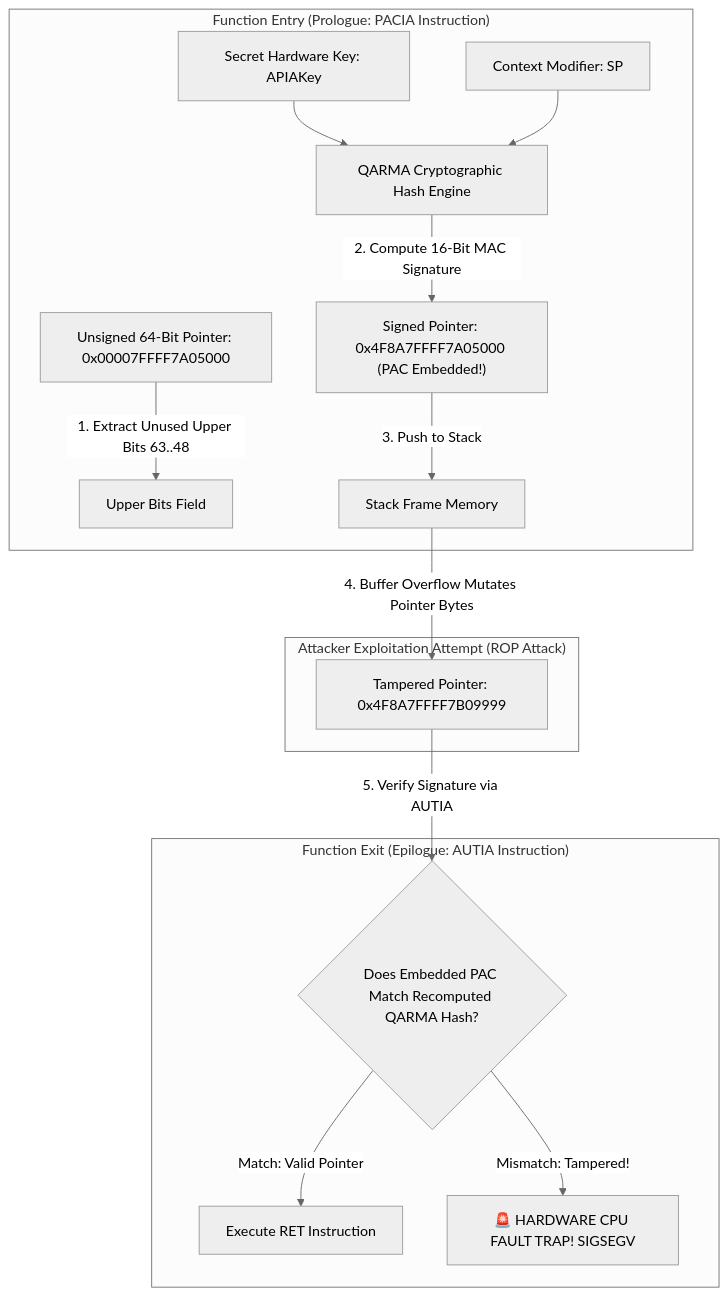
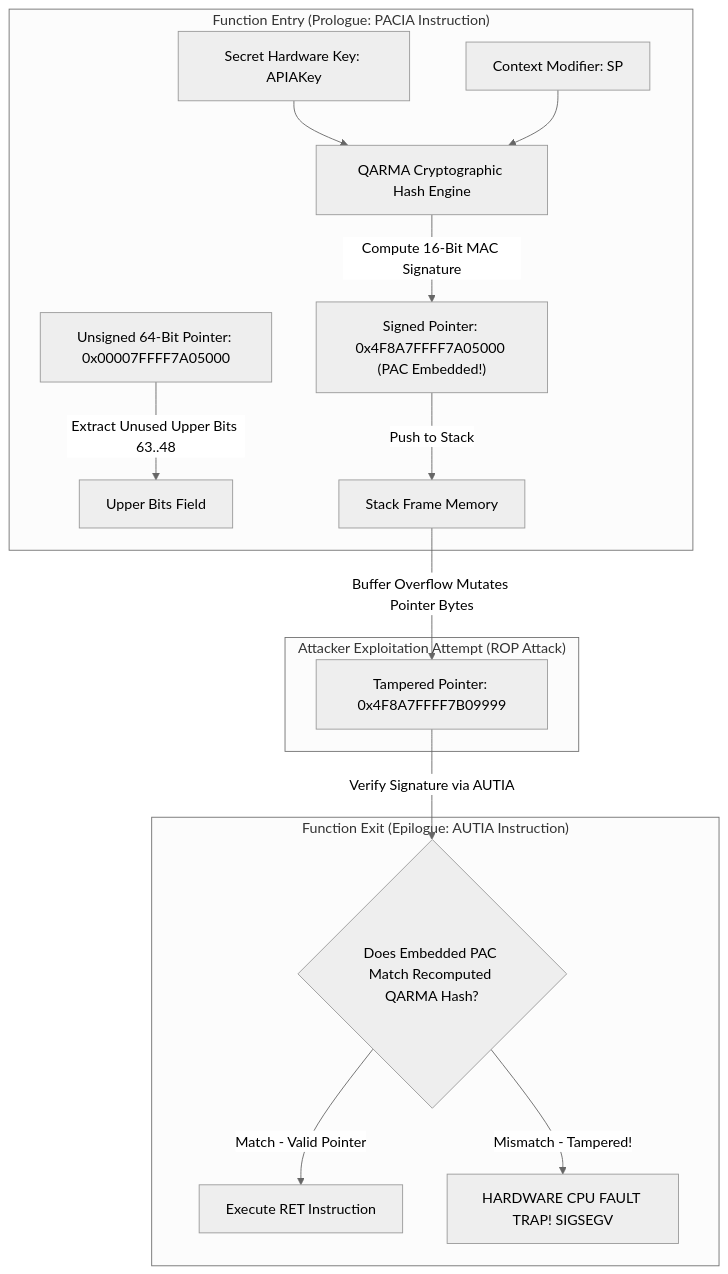
The diagram in blog/posts/memory-safety-pointer-authentication-arm-pac-aslr.md (akmalkhaniub/akmalkhaniub.github.io), drawn with Mermaid (neutral theme) before and after one commit. The commit also changed 411 other files, not shown here.

````diff
--- a/blog/posts/memory-safety-pointer-authentication-arm-pac-aslr.md
+++ b/blog/posts/memory-safety-pointer-authentication-arm-pac-aslr.md
@@ -21,20 +21,20 @@
 ```mermaid
-graph TD
+flowchart TD
   subgraph SG1_FunctionEntryPrologue ["Function Entry (Prologue: PACIA Instruction)"]
-    RawPtr[Unsigned 64-Bit Pointer: 0x00007FFFF7A05000] -->|1. Extract Unused Upper Bits 63..48| UnusedBits[Upper Bits Field]
+    RawPtr[Unsigned 64-Bit Pointer: 0x00007FFFF7A05000] -->|Extract Unused Upper Bits 63..48| UnusedBits[Upper Bits Field]
     SecretKey[Secret Hardware Key: APIAKey] & Modifier[Context Modifier: SP] --> QARMA[QARMA Cryptographic Hash Engine]
     
-    QARMA -->|2. Compute 16-Bit MAC Signature| SignPtr["Signed Pointer: 0x4F8A7FFFF7A05000 (PAC Embedded!)"]
-    SignPtr -->|3. Push to Stack| Stack[Stack Frame Memory]
+    QARMA -->|Compute 16-Bit MAC Signature| SignPtr["Signed Pointer: 0x4F8A7FFFF7A05000 (PAC Embedded!)"]
+    SignPtr -->|Push to Stack| Stack[Stack Frame Memory]
   end
   
   subgraph SG2_AttackerExploitationAttempt ["Attacker Exploitation Attempt (ROP Attack)"]
-    Stack -->|4. Buffer Overflow Mutates Pointer Bytes| CorruptPtr["Tampered Pointer: 0x4F8A7FFFF7B09999"]
+    Stack -->|Buffer Overflow Mutates Pointer Bytes| CorruptPtr["Tampered Pointer: 0x4F8A7FFFF7B09999"]
   end
   
   subgraph SG3_FunctionExitEpilogue ["Function Exit (Epilogue: AUTIA Instruction)"]
-    CorruptPtr -->|5. Verify Signature via AUTIA| PACCheck{Does Embedded PAC Match Recomputed QARMA Hash?}
-    PACCheck -->|Match: Valid Pointer| Exec[Execute RET Instruction]
-    PACCheck -->|Mismatch: Tampered!| Trap[🚨 HARDWARE CPU FAULT TRAP! SIGSEGV]
+    CorruptPtr -->|Verify Signature via AUTIA| PACCheck{Does Embedded PAC Match Recomputed QARMA Hash?}
+    PACCheck -->|Match - Valid Pointer| Exec[Execute RET Instruction]
+    PACCheck -->|Mismatch - Tampered!| Trap[ HARDWARE CPU FAULT TRAP! SIGSEGV]
   end
 ```
````
